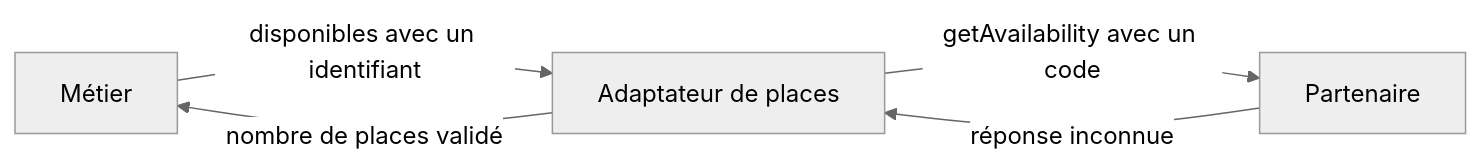
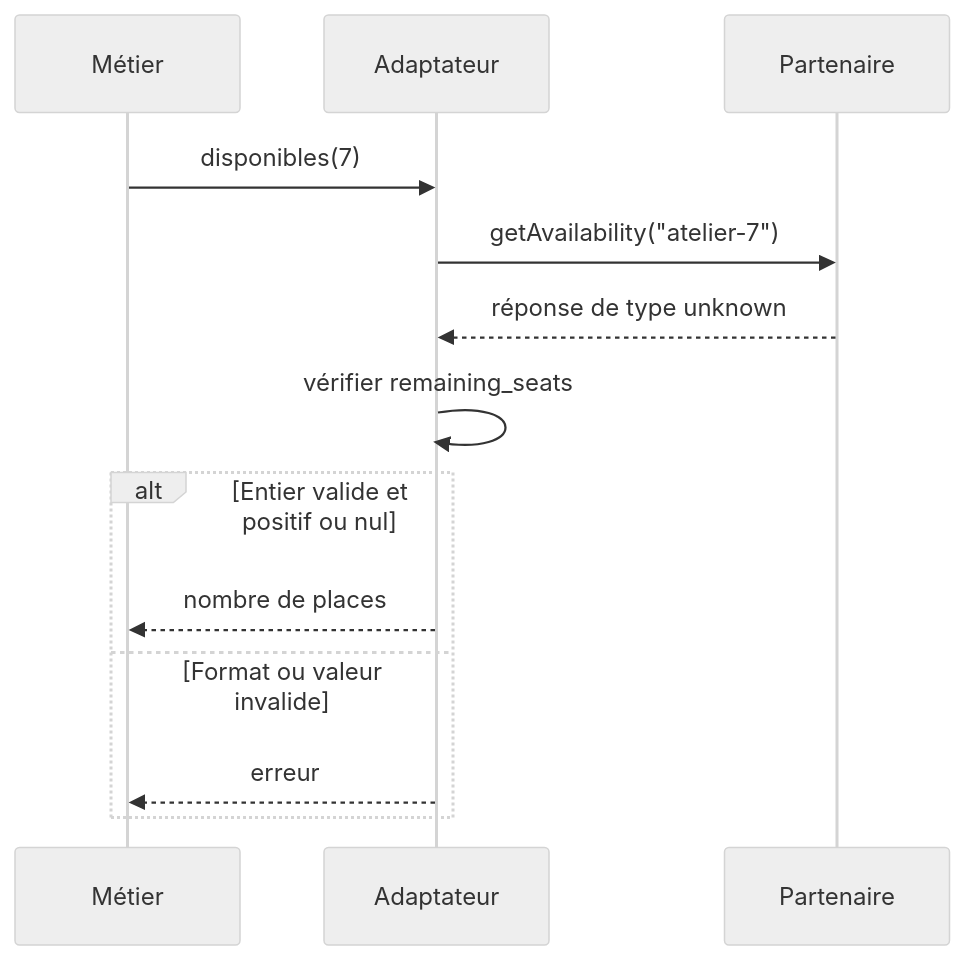
One commit to theopaolo/dev-carnet changed the diagram in src/cours/poo-patterns-frameworks/05-adapter.md. Above: the diagram before and after it, drawn with Mermaid (neutral theme). The commit also changed 7 other files, not shown here.

````diff
--- a/src/cours/poo-patterns-frameworks/05-adapter.md
+++ b/src/cours/poo-patterns-frameworks/05-adapter.md
@@ -18,9 +18,17 @@
 ```mermaid
-flowchart LR
+sequenceDiagram
   accTitle: Un adaptateur traduit les appels au partenaire
-  accDescr: Le métier appelle disponibles sur l'adaptateur. Celui-ci appelle getAvailability sur le partenaire puis valide et traduit sa réponse.
-  Metier[Métier] -->|disponibles avec un identifiant| Adaptateur[Adaptateur de places]
-  Adaptateur -->|getAvailability avec un code| API[Partenaire]
-  API -->|réponse inconnue| Adaptateur
-  Adaptateur -->|nombre de places validé| Metier
+  accDescr: Le métier demande les places de l'atelier 7. L'adaptateur traduit l'identifiant, reçoit une réponse inconnue et la valide. Il renvoie un nombre de places ou signale le format invalide.
+  participant Metier as Métier
+  participant Adaptateur
+  participant API as Partenaire
+  Metier->>Adaptateur: disponibles(7)
+  Adaptateur->>API: getAvailability("atelier-7")
+  API-->>Adaptateur: réponse de type unknown
+  Adaptateur->>Adaptateur: vérifier remaining_seats
+  alt Entier valide et positif ou nul
+    Adaptateur-->>Metier: nombre de places
+  else Format ou valeur invalide
+    Adaptateur-->>Metier: erreur
+  end
 ```
````
